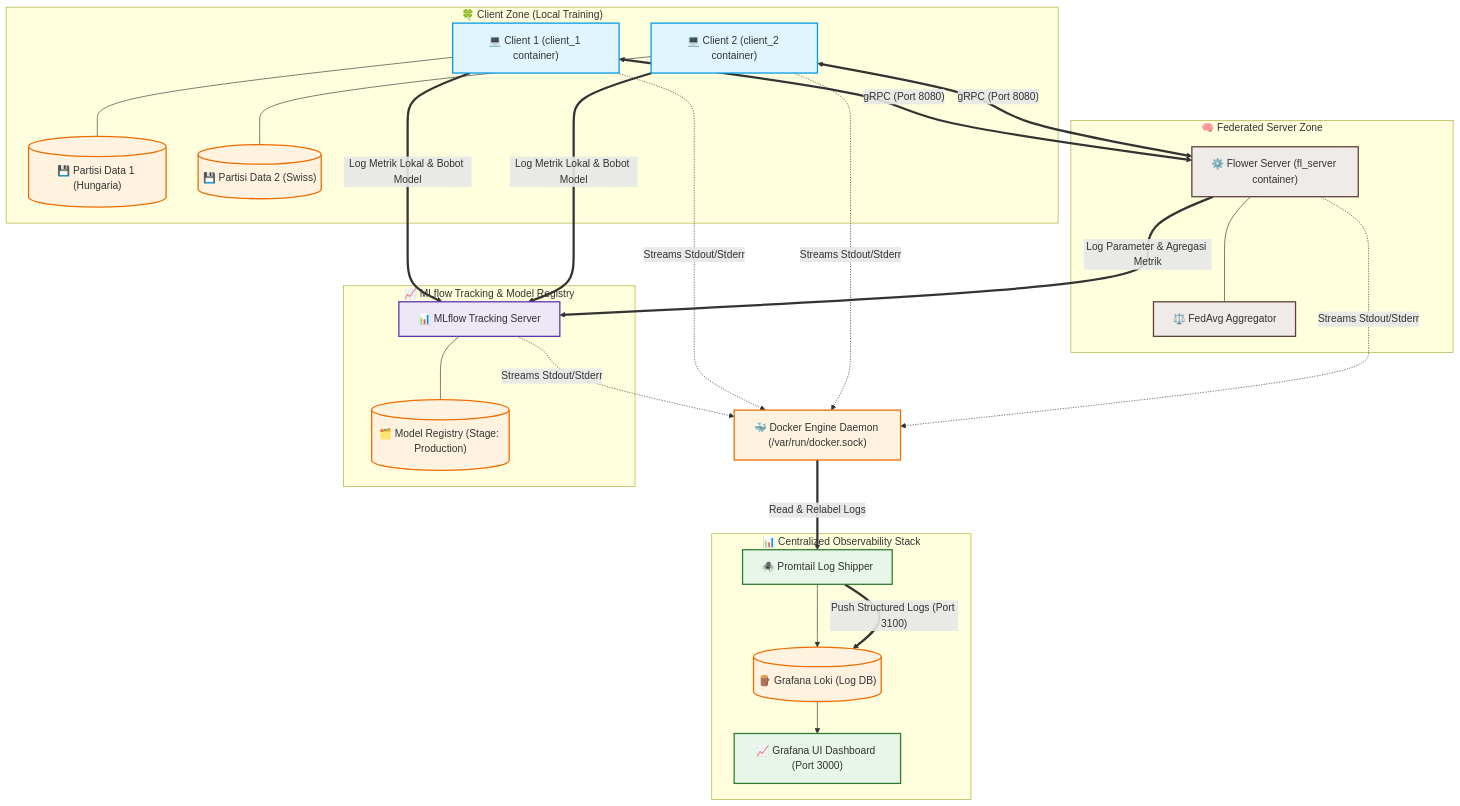
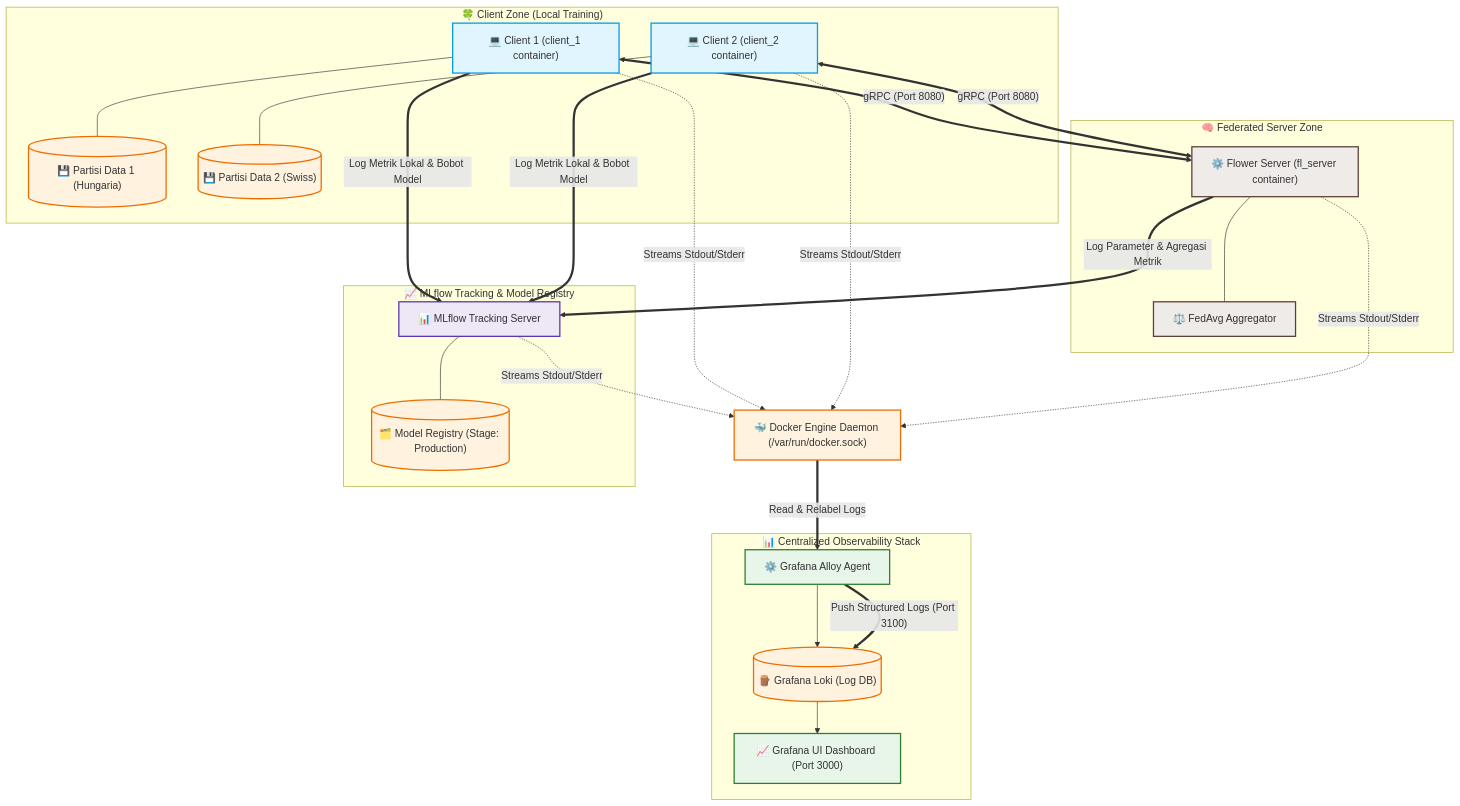
Before and after one commit to attmhd/fl-heart-disease: the diagram in README.md, drawn with Mermaid. The commit also changed other lines of this file and 7 other files, not shown here.

Commit message:
chore: remove promtail, integrate grafana alloy, and resolve container warnings

````diff
--- a/README.md
+++ b/README.md
@@ -11,63 +11,63 @@
 ```mermaid
 graph TB
     %% Nodes & Structure
     subgraph ClientLayer ["🍀 Client Zone (Local Training)"]
         C1["💻 Client 1 (client_1 container)"]
         C2["💻 Client 2 (client_2 container)"]
         D1[("💾 Partisi Data 1 (Hungaria)")]
         D2[("💾 Partisi Data 2 (Swiss)")]
         C1 --- D1
         C2 --- D2
     end
 
     subgraph FLServerLayer ["🧠 Federated Server Zone"]
         FS["⚙️ Flower Server (fl_server container)"]
         FA["⚖️ FedAvg Aggregator"]
         FS --- FA
     end
 
     subgraph TrackingLayer ["📈 MLflow Tracking & Model Registry"]
         MLF["📊 MLflow Tracking Server"]
         MR[("🗂️ Model Registry (Stage: Production)")]
         MLF --- MR
     end
 
     subgraph MonitoringLayer ["📊 Centralized Observability Stack"]
-        PT["🕷️ Promtail Log Shipper"]
+        AY["⚙️ Grafana Alloy Agent"]
         LK[("🪵 Grafana Loki (Log DB)")]
         GF["📈 Grafana UI Dashboard (Port 3000)"]
-        PT --> LK
+        AY --> LK
         LK --> GF
     end
 
     %% Connections & Protocols
     C1 <== "gRPC (Port 8080)" ==> FS
     C2 <== "gRPC (Port 8080)" ==> FS
 
     FS ==>|"Log Parameter & Agregasi Metrik"| MLF
     C1 ==>|"Log Metrik Lokal & Bobot Model"| MLF
     C2 ==>|"Log Metrik Lokal & Bobot Model"| MLF
 
     %% Log Scraping via Docker Socket
     DS["🐳 Docker Engine Daemon (/var/run/docker.sock)"]
     C1 -. "Streams Stdout/Stderr" .-> DS
     C2 -. "Streams Stdout/Stderr" .-> DS
     FS -. "Streams Stdout/Stderr" .-> DS
     MLF -. "Streams Stdout/Stderr" .-> DS
 
-    DS ==>|"Read & Relabel Logs"| PT
-    PT ==>|"Push Structured Logs (Port 3100)"| LK
+    DS ==>|"Read & Relabel Logs"| AY
+    AY ==>|"Push Structured Logs (Port 3100)"| LK
 
     %% Styling
     classDef client fill:#e1f5fe,stroke:#039be5,stroke-width:2px;
     classDef server fill:#efebe9,stroke:#5d4037,stroke-width:2px;
     classDef tracking fill:#ede7f6,stroke:#5e35b1,stroke-width:2px;
     classDef monitor fill:#e8f5e9,stroke:#2e7d32,stroke-width:2px;
     classDef storage fill:#fff3e0,stroke:#ef6c00,stroke-width:2px;
 
     class C1,C2 client;
     class FS,FA server;
     class MLF tracking;
-    class PT,GF monitor;
+    class AY,GF monitor;
     class D1,D2,MR,LK,DS storage;
 ```
````
